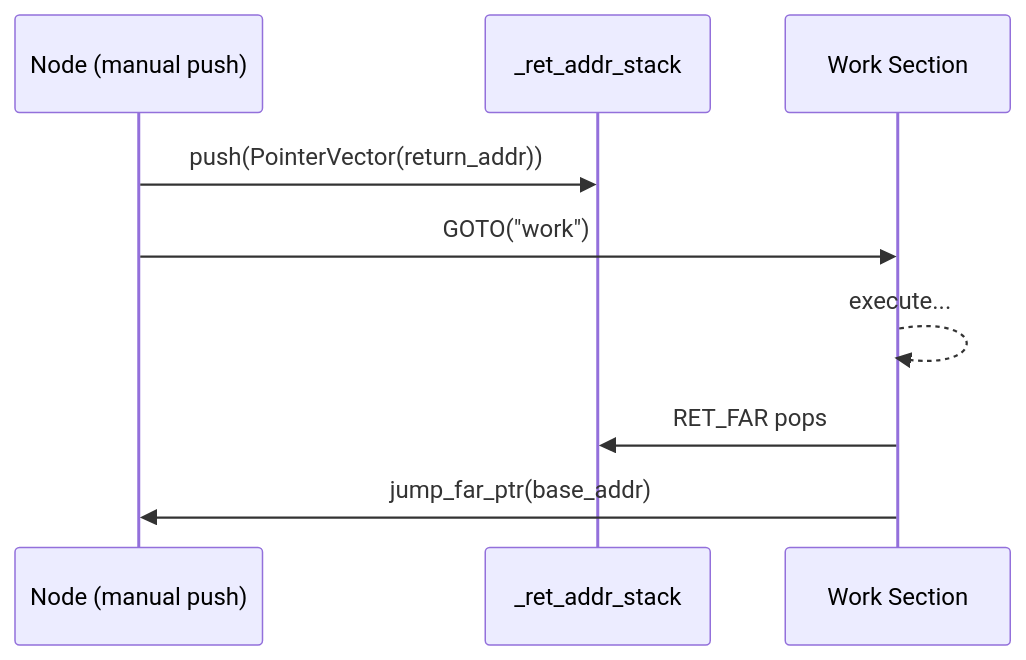
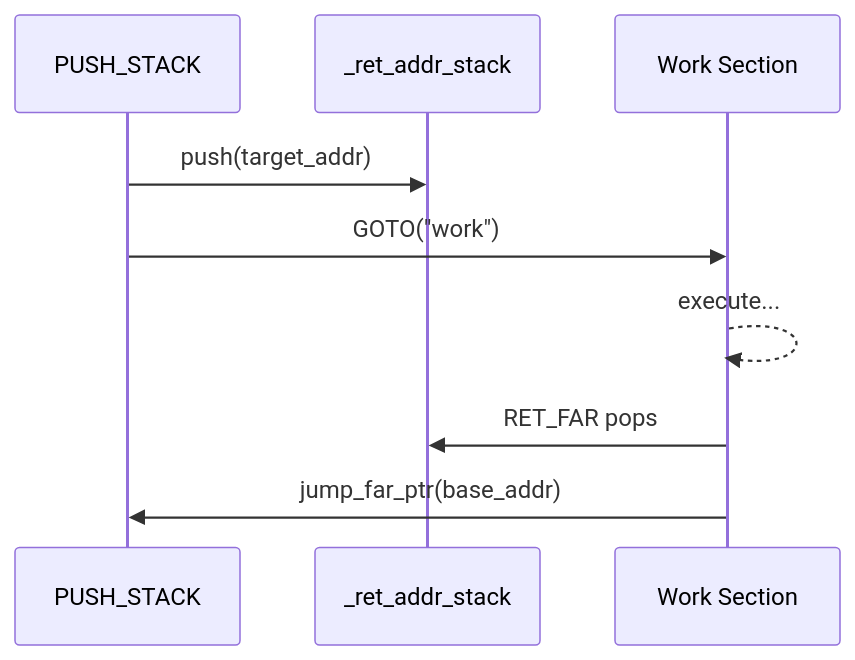
One commit to AmritaBot/AmritaSense changed the diagram in docs/guide/practice/manual-stack-management.md. Above: the diagram before and after it, drawn with Mermaid. The commit also changed other lines of this file and 12 other files, not shown here.

Commit message:
feat: add PUSH_STACK instruction for manual stack push in composition chains.

````diff
--- a/docs/guide/practice/manual-stack-management.md
+++ b/docs/guide/practice/manual-stack-management.md
@@ -17,12 +17,12 @@
 ```mermaid
 sequenceDiagram
-    participant N as Node (manual push)
+    participant N as PUSH_STACK
     participant S as _ret_addr_stack
     participant W as Work Section
 
-    N->>S: push(PointerVector(return_addr))
+    N->>S: push(target_addr)
     N->>W: GOTO("work")
     W-->>W: execute...
     W->>S: RET_FAR pops
     W->>N: jump_far_ptr(base_addr)
 ```
````
